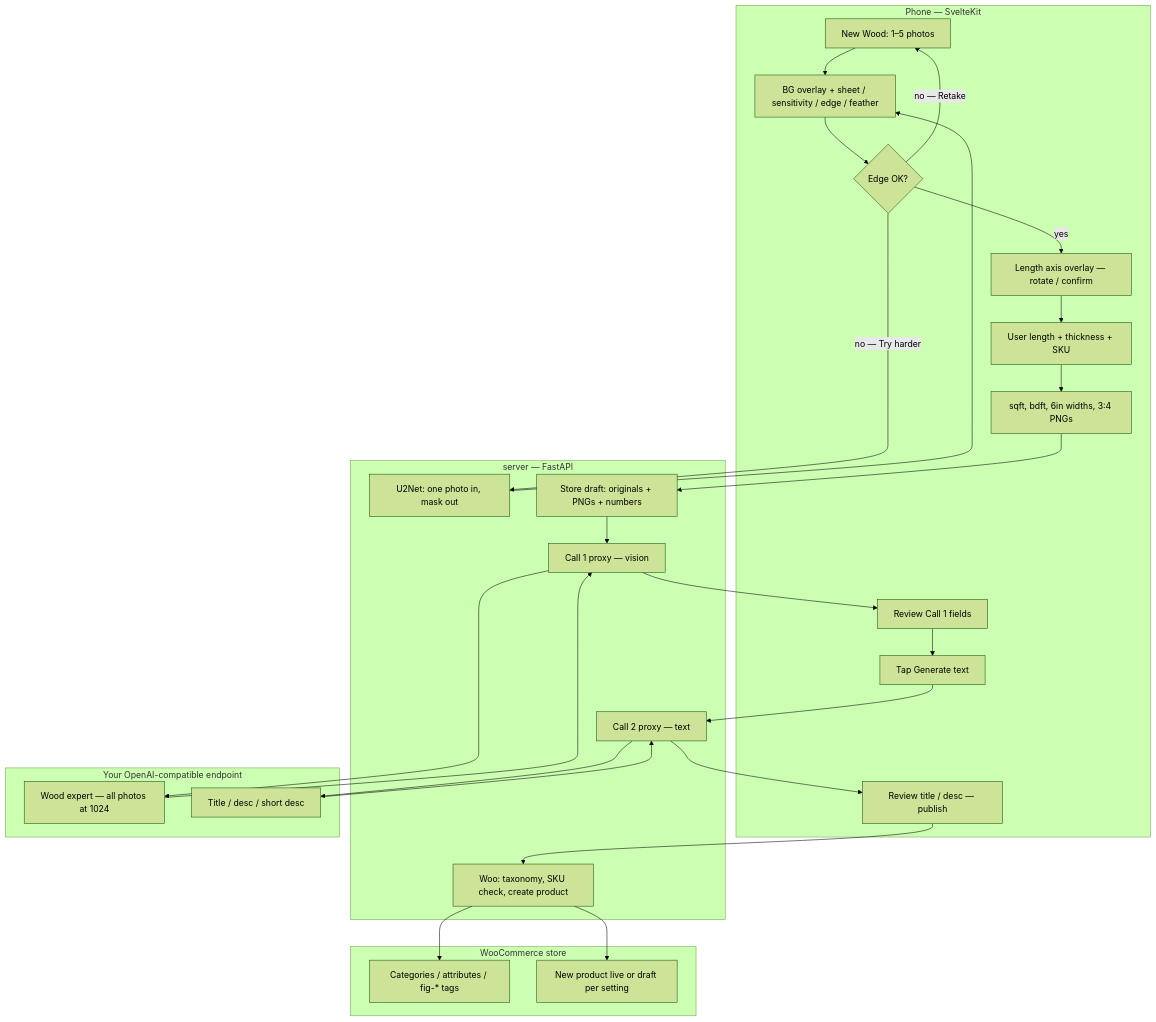
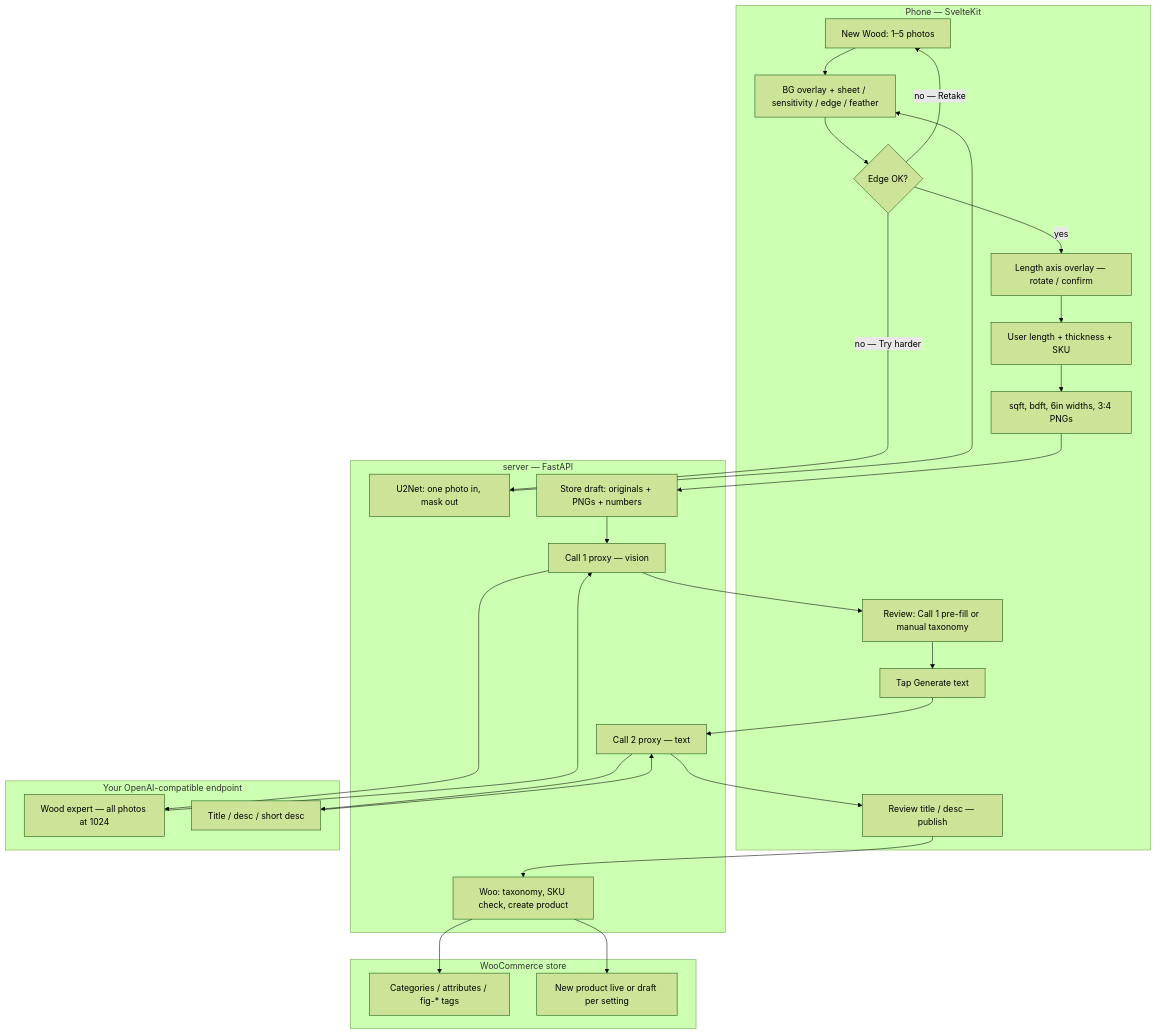
Before and after one commit to tonyjbala-ui/SlabUploader: the diagram in docs/ARCHITECTURE.md, drawn with Mermaid (forest theme). The commit also changed other lines of this file and 1 other file, not shown here.

First line of the commit message:
docs(#8): Call 1 pre-populates review taxonomy when inference on

````diff
--- a/docs/ARCHITECTURE.md
+++ b/docs/ARCHITECTURE.md
@@ -33,44 +33,44 @@
 ```mermaid
 flowchart TB
   subgraph Phone["Phone — SvelteKit"]
     P1[New Wood: 1–5 photos]
     P2[BG overlay + sheet / sensitivity / edge / feather]
     P3{Edge OK?}
     P4[Length axis overlay — rotate / confirm]
     P5[User length + thickness + SKU]
     P6[sqft, bdft, 6in widths, 3:4 PNGs]
-    P7[Review Call 1 fields]
+    P7[Review: Call 1 pre-fill or manual taxonomy]
     P8[Tap Generate text]
     P9[Review title / desc — publish]
   end
 
   subgraph API["server — FastAPI"]
     A1[U2Net: one photo in, mask out]
     A2[Store draft: originals + PNGs + numbers]
     A3[Call 1 proxy — vision]
     A4[Call 2 proxy — text]
     A5[Woo: taxonomy, SKU check, create product]
   end
 
   subgraph LLM["Your OpenAI-compatible endpoint"]
     L1[Wood expert — all photos at 1024]
     L2[Title / desc / short desc]
   end
 
   subgraph Woo["WooCommerce store"]
     W1[Categories / attributes / fig-* tags]
     W2[New product live or draft per setting]
   end
 
   P1 --> P2 --> P3
   P3 -->|no — Try harder| A1
   A1 --> P2
   P3 -->|no — Retake| P1
   P3 -->|yes| P4 --> P5 --> P6
   P6 --> A2
   A2 --> A3 --> L1 --> A3 --> P7
   P7 --> P8 --> A4 --> L2 --> A4 --> P9
   P9 --> A5
   A5 --> W1
   A5 --> W2
 ```
````
